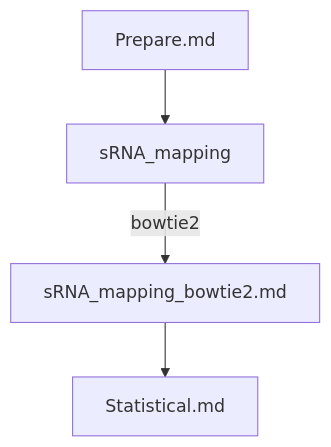
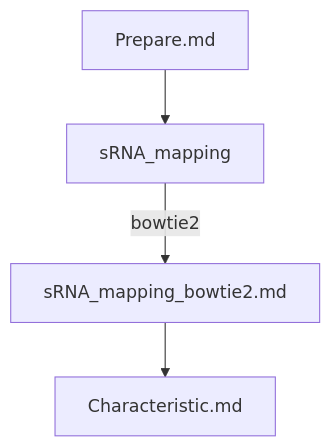
One commit to jdasfd/srna changed the diagram in README.md. Above: the diagram before and after it, drawn with Mermaid.

Commit message:
workflow change
statistical.md contents were all moved into sRNA_mapping_bowtie2.md

````diff
--- a/README.md
+++ b/README.md
@@ -7,6 +7,6 @@
 ```mermaid
 graph TB
     A[Prepare.md] --> B[sRNA_mapping]
     B[sRNA_mapping] --> |bowtie2| D[sRNA_mapping_bowtie2.md]
-    D --> F[Statistical.md]
+    D --> F[Characteristic.md]
 ```
````
